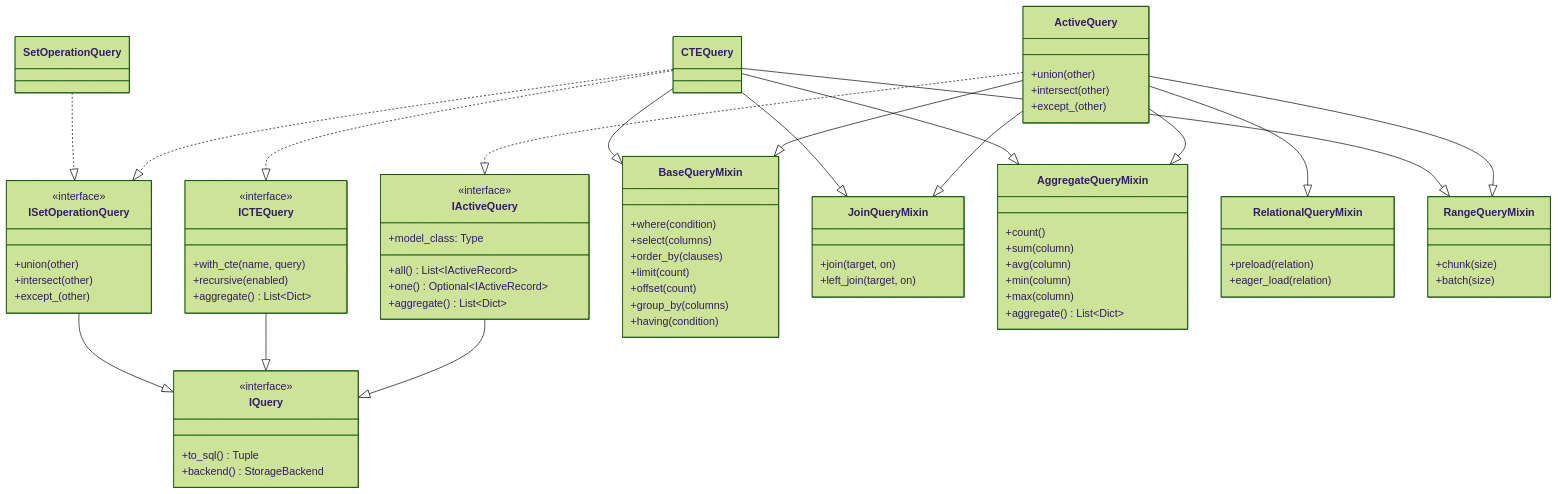
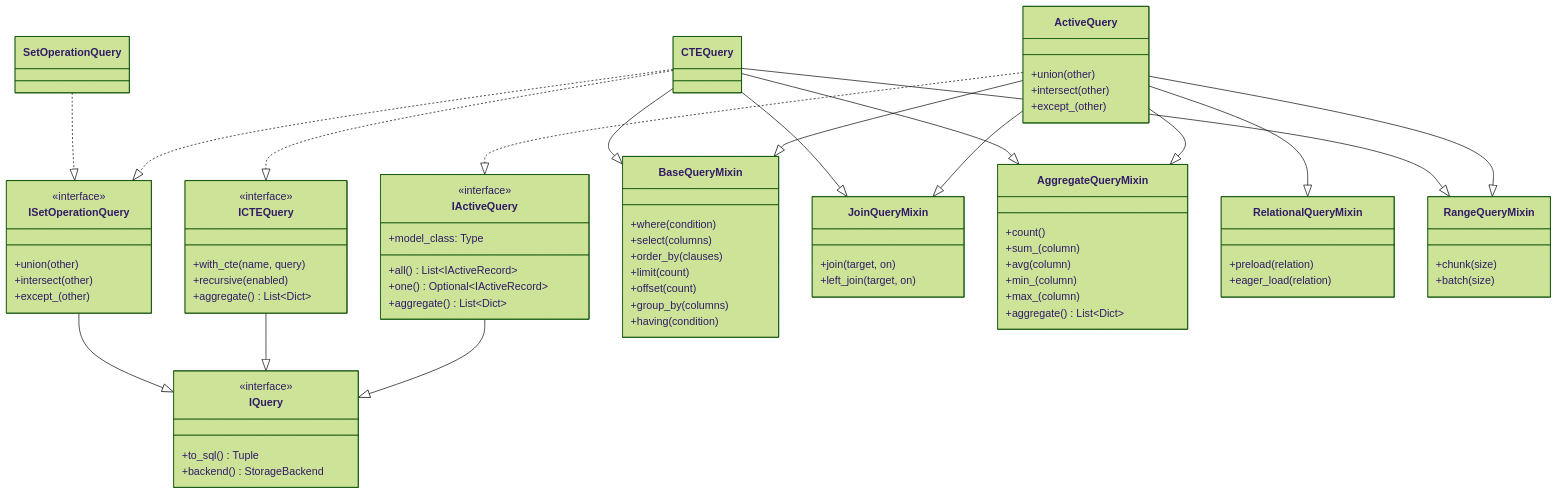
The fourth of 6 diagrams in docs/en_US/introduction/architecture.md (rhosocial/python-activerecord), drawn with Mermaid (forest theme) before and after one commit. The commit also changed other lines of this file and 41 other files, not shown here.

```diff
--- a/docs/en_US/introduction/architecture.md
+++ b/docs/en_US/introduction/architecture.md
@@ -261,10 +261,10 @@
     }
     class AggregateQueryMixin {
         +count()
-        +sum(column)
+        +sum_(column)
         +avg(column)
-        +min(column)
-        +max(column)
+        +min_(column)
+        +max_(column)
         +aggregate() List~Dict~
     }
     class RelationalQueryMixin {
```
